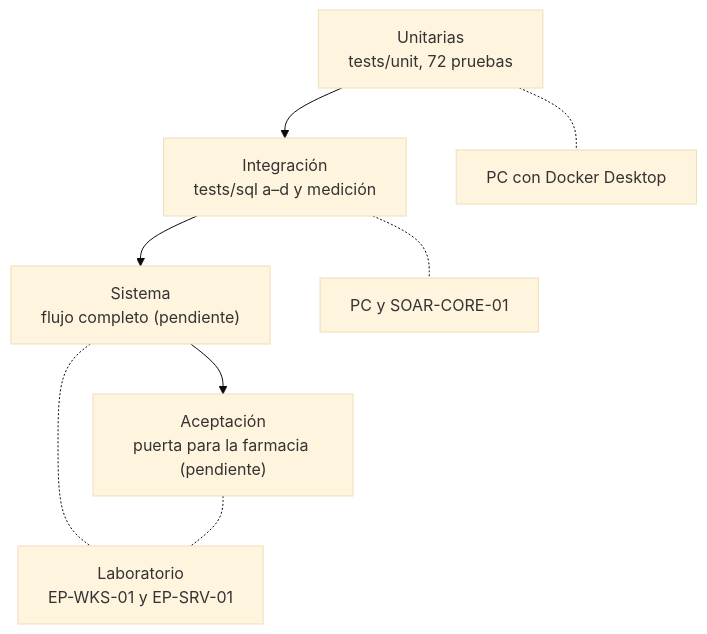
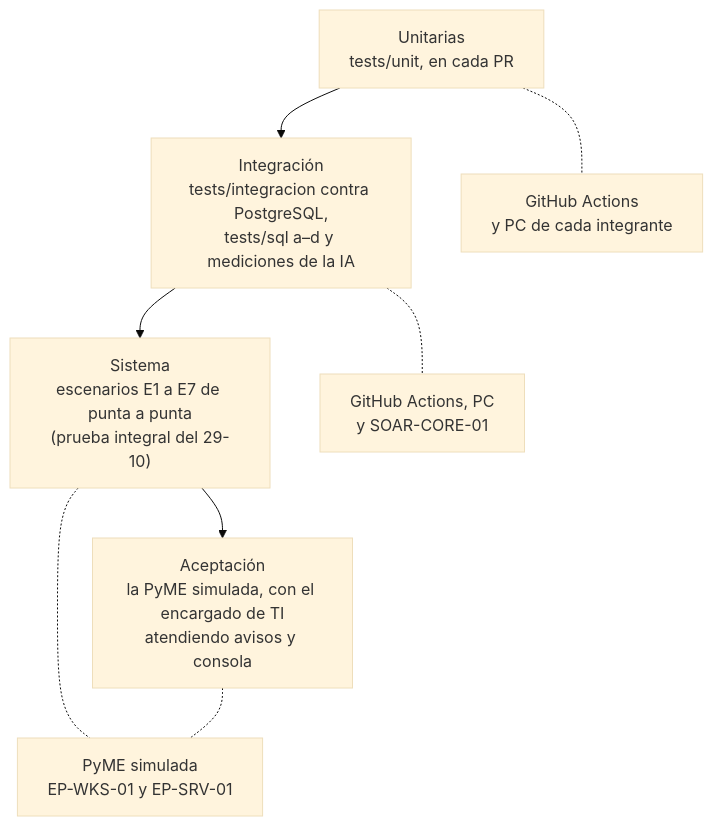
Before and after one commit to soaria186/kronos-ai: the diagram in docs/diagramas/15_ambientes.mmd, drawn with Mermaid (base theme). The commit also changed 28 other files, not shown here.

First line of the commit message:
docs(diagramas): al día con la v1.0 y el replanteamiento PyME

```diff
--- a/docs/diagramas/15_ambientes.mmd
+++ b/docs/diagramas/15_ambientes.mmd
@@ -1,8 +1,8 @@
 flowchart TB
-    U["Unitarias<br/>tests/unit, 72 pruebas"] --> I["Integración<br/>tests/sql a–d y medición"]
-    I --> S["Sistema<br/>flujo completo (pendiente)"]
-    S --> A["Aceptación<br/>puerta para la farmacia (pendiente)"]
-    U -.- PC1["PC con Docker Desktop"]
-    I -.- CORE1["PC y SOAR-CORE-01"]
-    S -.- LAB1["Laboratorio<br/>EP-WKS-01 y EP-SRV-01"]
+    U["Unitarias<br/>tests/unit, en cada PR"] --> I["Integración<br/>tests/integracion contra PostgreSQL,<br/>tests/sql a–d y mediciones de la IA"]
+    I --> S["Sistema<br/>escenarios E1 a E7 de punta a punta<br/>(prueba integral del 29-10)"]
+    S --> A["Aceptación<br/>la PyME simulada, con el encargado de TI<br/>atendiendo avisos y consola"]
+    U -.- CI["GitHub Actions<br/>y PC de cada integrante"]
+    I -.- CORE1["GitHub Actions, PC<br/>y SOAR-CORE-01"]
+    S -.- LAB1["PyME simulada<br/>EP-WKS-01 y EP-SRV-01"]
     A -.- LAB1
```
